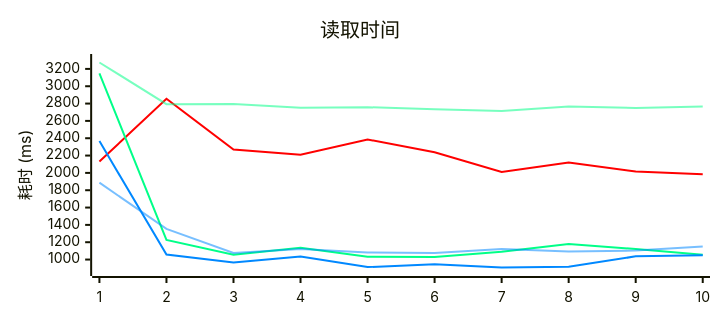
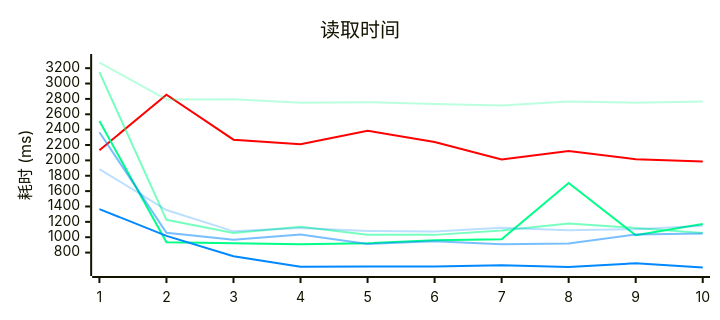
The second of 3 diagrams in README_cn.md (RDCN-Community-Developers/RhythmToolkit), drawn with Mermaid before and after one commit. The commit also changed other lines of this file and 1 other file, not shown here.

Commit message:
更新数据

````diff
--- a/README_cn.md
+++ b/README_cn.md
@@ -117,23 +117,27 @@
 ```mermaid
 ---
 config:
     xyChart:
         height: 300
     themeVariables:
         xyChart:
-            plotColorPalette: '#F00, #0F88, #0F8, #08F8, #08F'
+            plotColorPalette: '#F00, #0F84, #0F88,  #0F8, #08F4, #08F8, #08F'
 ---
 xychart
   title "读取时间"
     y-axis "耗时 (ms)"
     %% RDLE
     line [2130.5224, 2855.4669, 2269.7906, 2210.3916, 2385.5643, 2238.7013, 2011.8578, 2121.1231, 2014.9036, 1984.7555]
     %% RDTK .NET Standard 2.0 v1.3.4
     line [3273.9261, 2793.1168, 2796.0169, 2750.7386, 2757.9804, 2734.5127, 2715.0270, 2765.0712, 2749.9744, 2764.9854]
     %% RDTK .NET Standard 2.0 v1.3.9
     line [3148.9088,1226.1298,1054.2334,1134.9715,1033.4164,1030.4823,1088.7369,1178.1487,1120.97,1055.3118]
+    %% RDTK .NET Standard 2.0 v1.3.10
+    line [2511.4484,935.1044,922.5633,908.0549,921.5173,961.0245,971.9857,1705.2193,1025.6835,1170.5473]
     %% RDTK .NET 8.0 v1.3.4
     line [1887.2656, 1353.3896, 1076.3732, 1121.0746, 1080.6883, 1074.4476, 1122.7722, 1091.6990, 1103.6302, 1149.2975]
     %% RDTK .NET 8.0 v1.3.9
     line [2367.0337,1056.9628,966.5576,1035.8415,913.1249,946.951,908.2692,917.0895,1036.6879,1048.7651]
+    %% RDTK .NET 8.0 v1.3.10
+    line [1365.457,1017.3662,753.053,615.3958,620.0609,617.4589,635.7308,612.3335,661.5626,605.837]
 ```
````
